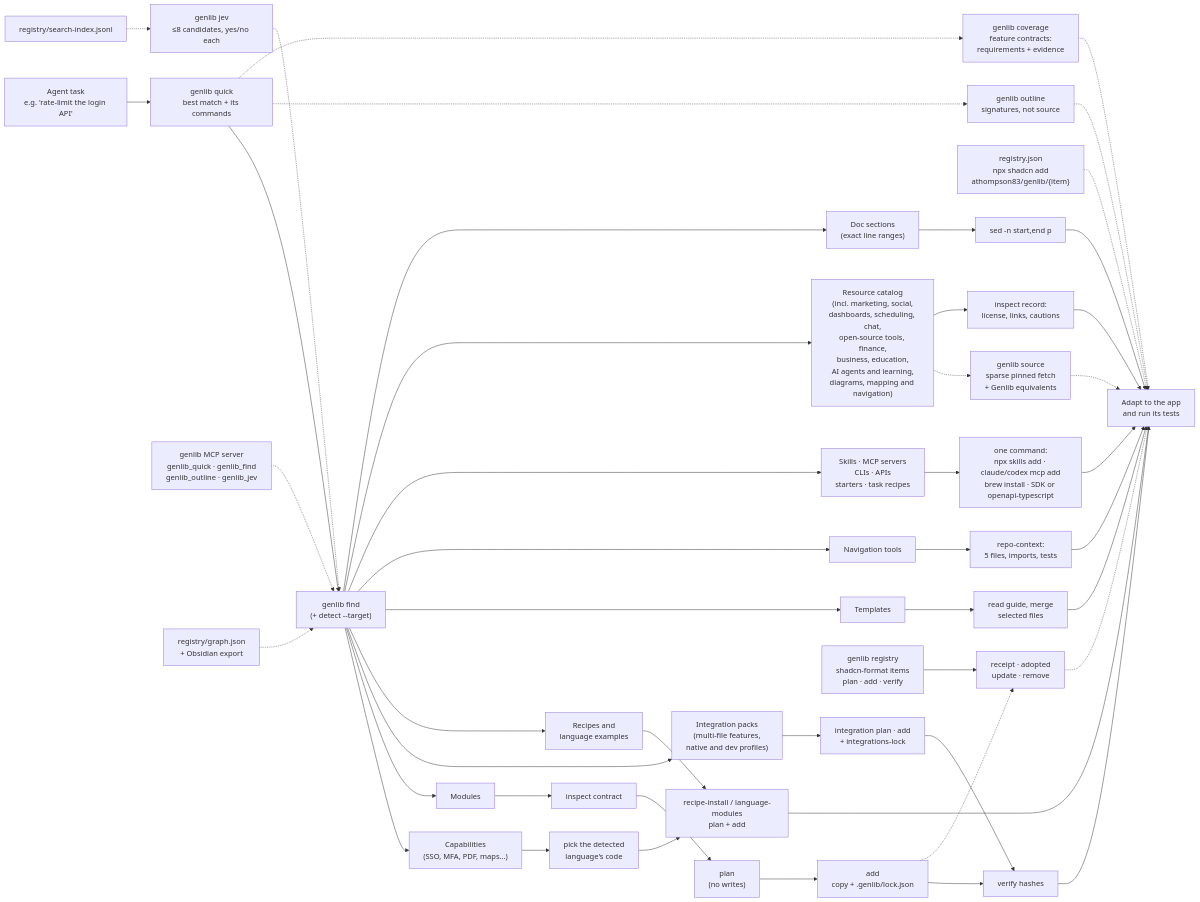
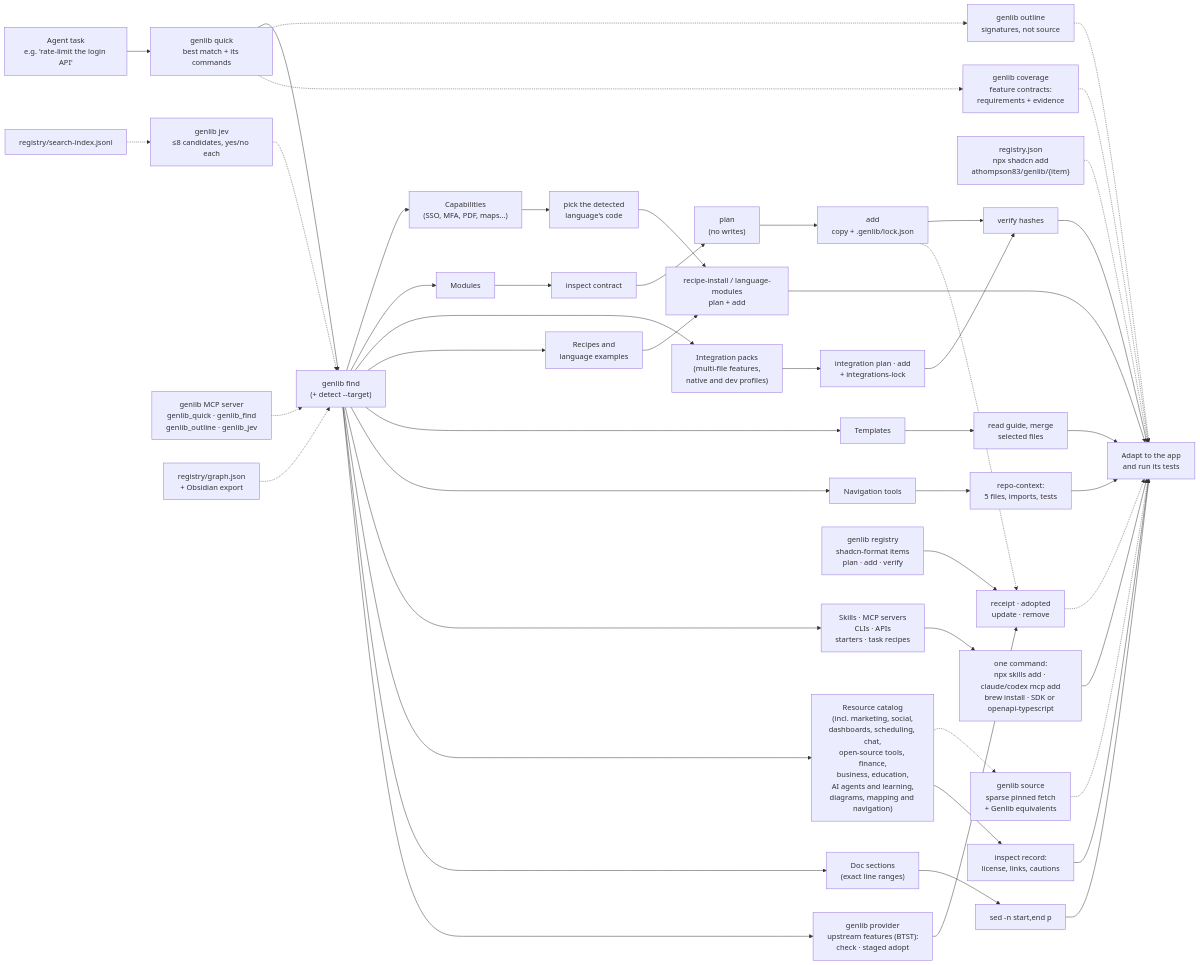
Before and after one commit to athompson83/genlib: the diagram in docs/diagrams/readme-flow.mmd, drawn with Mermaid. The commit also changed 5 other files, not shown here.

First line of the commit message:
Render diagrams with provider profiles

```diff
--- a/docs/diagrams/readme-flow.mmd
+++ b/docs/diagrams/readme-flow.mmd
@@ -1,56 +1,58 @@
 flowchart LR
   Task["Agent task<br/>e.g. 'rate-limit the login API'"]
   Quick["genlib quick<br/>best match + its commands"]
   Find["genlib find<br/>(+ detect --target)"]
   Outline["genlib outline<br/>signatures, not source"]
   Source["genlib source<br/>sparse pinned fetch<br/>+ Genlib equivalents"]
   Jev["genlib jev<br/>≤8 candidates, yes/no each"]
   Index["registry/search-index.jsonl"]
   MCP["genlib MCP server<br/>genlib_quick · genlib_find<br/>genlib_outline · genlib_jev"]
   Graph["registry/graph.json<br/>+ Obsidian export"]
   C["Capabilities<br/>(SSO, MFA, PDF, maps…)"]
   M["Modules"]
   P["Integration packs<br/>(multi-file features,<br/>native and dev profiles)"]
   PackPlan["integration plan · add<br/>+ integrations-lock"]
   Shadcn["registry.json<br/>npx shadcn add<br/>athompson83/genlib/{item}"]
   R["Recipes and<br/>language examples"]
   T["Templates"]
   N["Navigation tools"]
   S["Skills · MCP servers<br/>CLIs · APIs<br/>starters · task recipes"]
   X["Resource catalog<br/>(incl. marketing, social,<br/>dashboards, scheduling, chat,<br/>open-source tools, finance,<br/>business, education,<br/>AI agents and learning,<br/>diagrams, mapping and navigation)"]
   D["Doc sections<br/>(exact line ranges)"]
   Inspect["inspect contract"]
   Plan["plan<br/>(no writes)"]
   Add["add<br/>copy + .genlib/lock.json"]
   Verify["verify hashes"]
   Receipt["receipt · adopted<br/>update · remove"]
   Coverage["genlib coverage<br/>feature contracts:<br/>requirements + evidence"]
   RegistryIn["genlib registry<br/>shadcn-format items<br/>plan · add · verify"]
+  Provider["genlib provider<br/>upstream features (BTST):<br/>check · staged adopt"]
   Lang["pick the detected<br/>language's code"]
   Copy["recipe-install / language-modules<br/>plan + add"]
   Merge["read guide, merge<br/>selected files"]
   Context["repo-context:<br/>5 files, imports, tests"]
   SkillAdd["one command:<br/>npx skills add · claude/codex mcp add<br/>brew install · SDK or openapi-typescript"]
   Adopt["inspect record:<br/>license, links, cautions"]
   Section["sed -n start,end p"]
   App["Adapt to the app<br/>and run its tests"]
   Task --> Quick --> Find
   Quick -.-> Outline -.-> App
   Find --> C & M & P & R & T & N & S & X & D
   P --> PackPlan --> Verify
   Shadcn -.-> App
   X -.-> Source -.-> App
   Index -.-> Jev -.-> Find
   MCP -.-> Find
   Graph -.-> Find
   M --> Inspect --> Plan --> Add --> Verify --> App
   Add -.-> Receipt -.-> App
   Quick -.-> Coverage -.-> App
   RegistryIn --> Receipt
+  Find --> Provider --> Receipt
   C --> Lang --> Copy
   R --> Copy --> App
   T --> Merge --> App
   N --> Context --> App
   S --> SkillAdd --> App
   X --> Adopt --> App
   D --> Section --> App
```
